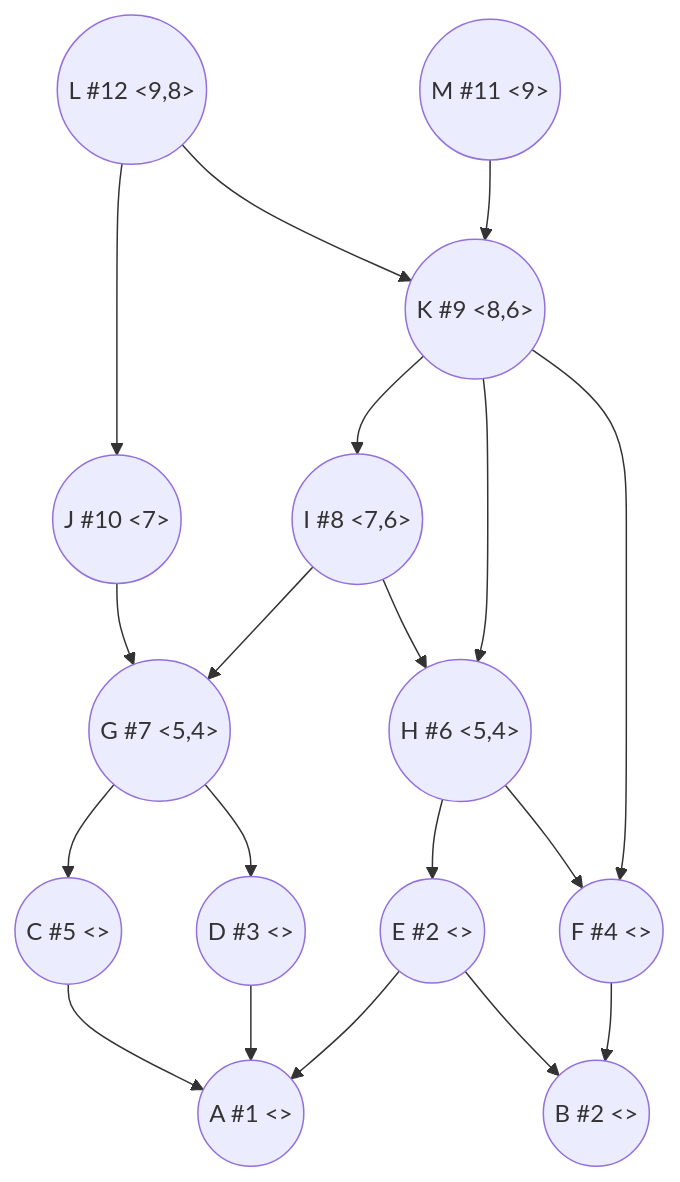
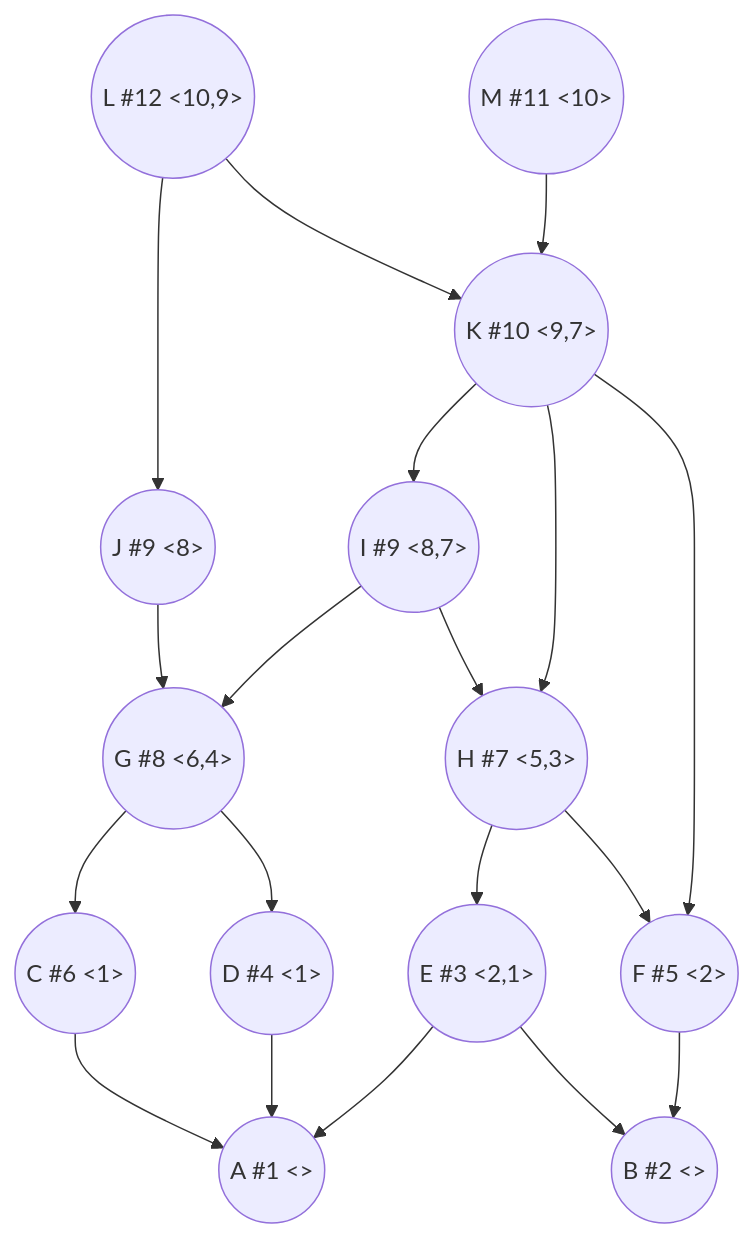
Before and after one commit to hse-algo-24-owl/manual-tasks-owl: the third of 4 diagrams in task-7/ewup.md, drawn with Mermaid. The commit also changed other lines of this file, not shown here.

````diff
--- a/task-7/ewup.md
+++ b/task-7/ewup.md
@@ -68,21 +68,21 @@
 ```mermaid
 graph TB
-L((L #12 <9,8>)) --> J((J #10 <7>))
-L --> K((K #9 <8,6>))
-M((M #11 <9>)) --> K
-J --> G((G #7 <5,4>))
-I((I #8 <7,6>)) --> G
-I --> H((H #6 <5,4>))
+L((L #12 <10,9>)) --> J((J #9 <8>))
+L --> K((K #10 <9,7>))
+M((M #11 <10>)) --> K
+J --> G((G #8 <6,4>))
+I((I #9 <8,7>)) --> G
+I --> H((H #7 <5,3>))
 K --> I
 K --> H
-K --> F((F #4 <>))
-G --> C((C #5 <>))
-G --> D((D #3 <>))
-H --> E((E #2 <>))
+K --> F((F #5 <2>))
+G --> C((C #6 <1>))
+G --> D((D #4 <1>))
+H --> E((E #3 <2,1>))
 H --> F
 C --> A((A #1 <>))
 D --> A
 E --> A
 E --> B((B #2 <>))
 F --> B
 ```
````
